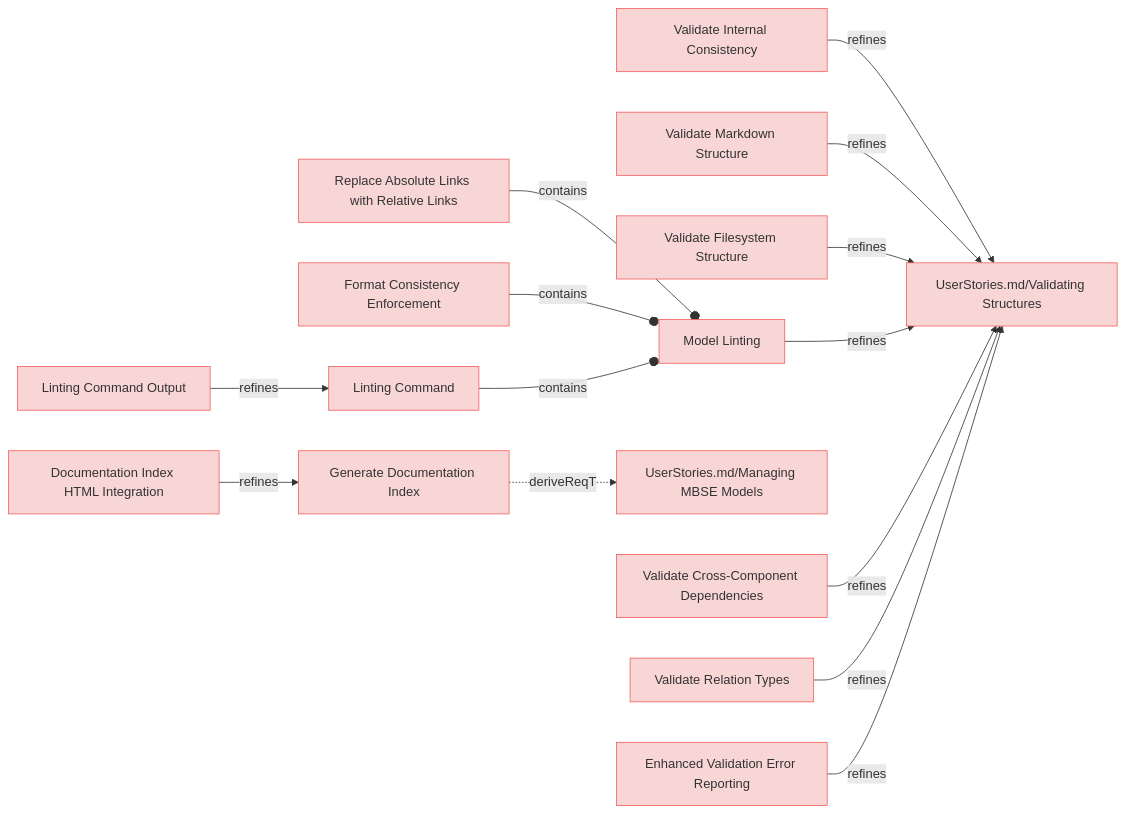
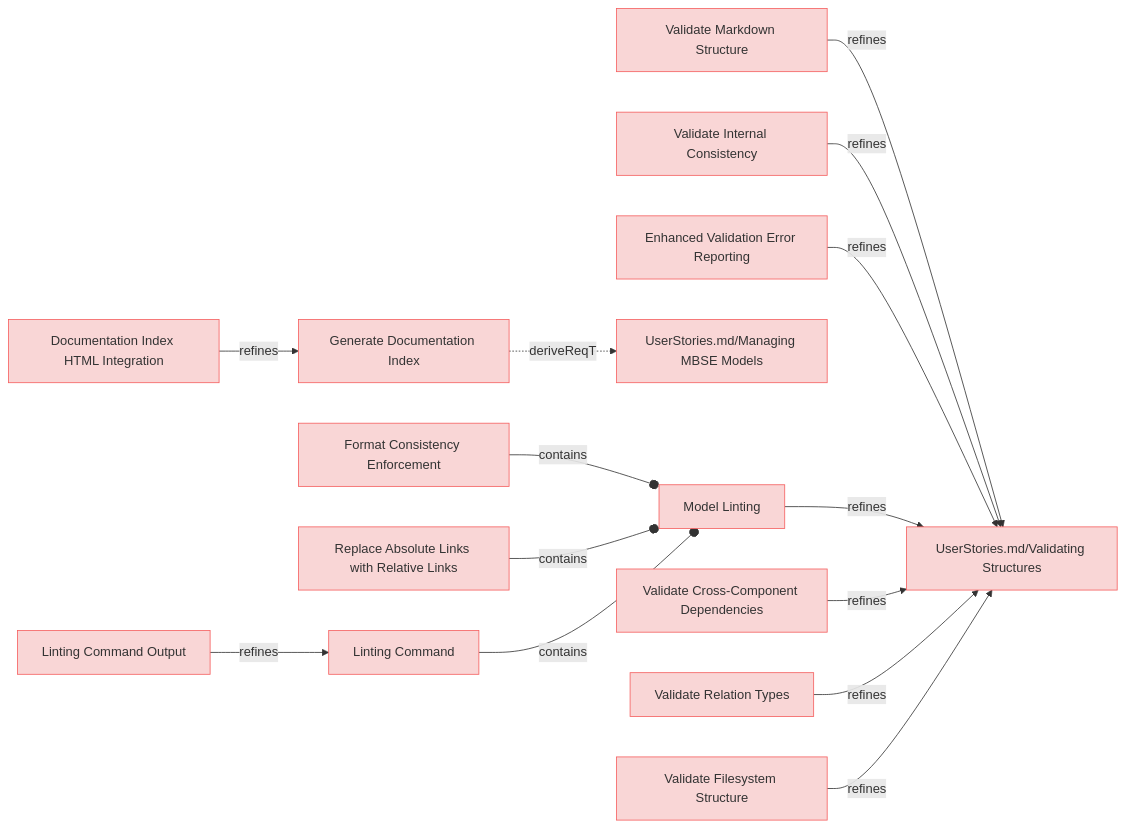
The third of 8 diagrams in specifications/UserRequirements.md (reqvire-org/reqvire), drawn with Mermaid before and after one commit. The commit also changed other lines of this file and 37 other files, not shown here.

Commit message:
Allow diagrams with blobs links when configured.

````diff
--- a/specifications/UserRequirements.md
+++ b/specifications/UserRequirements.md
@@ -147,67 +87,67 @@
 ```mermaid
 graph LR;
   %% Graph styling
   classDef requirement fill:#f9d6d6,stroke:#f55f5f,stroke-width:1px;
   classDef verification fill:#d6f9d6,stroke:#5fd75f,stroke-width:1px;
   classDef externalLink fill:#d0e0ff,stroke:#3080ff,stroke-width:1px;
   classDef default fill:#f5f5f5,stroke:#333333,stroke-width:1px;
 
-  f9182ad2999d989c["Validate Internal Consistency"];
-  click f9182ad2999d989c "UserRequirements.md#validate-internal-consistency";
-  class f9182ad2999d989c requirement;
-  a0f9571f6563d9d3["UserStories.md/Validating Structures"];
-  class a0f9571f6563d9d3 requirement;
-  click a0f9571f6563d9d3 "UserStories.md#validating-structures";
-  f9182ad2999d989c -->|refines| a0f9571f6563d9d3;
-  229bb675bac39dc9["Replace Absolute Links with Relative Links"];
-  click 229bb675bac39dc9 "UserRequirements.md#replace-absolute-links-with-relative-links";
-  class 229bb675bac39dc9 requirement;
-  84c4dc11e82e8638["Model Linting"];
-  class 84c4dc11e82e8638 requirement;
-  click 84c4dc11e82e8638 "UserRequirements.md#model-linting";
-  229bb675bac39dc9 --o|contains| 84c4dc11e82e8638;
-  7ec3cb7f400a2e8d["Validate Markdown Structure"];
-  click 7ec3cb7f400a2e8d "UserRequirements.md#validate-markdown-structure";
-  class 7ec3cb7f400a2e8d requirement;
-  7ec3cb7f400a2e8d -->|refines| a0f9571f6563d9d3;
-  c390b990a63def2a["Validate Filesystem Structure"];
-  click c390b990a63def2a "UserRequirements.md#validate-filesystem-structure";
-  class c390b990a63def2a requirement;
-  c390b990a63def2a -->|refines| a0f9571f6563d9d3;
-  9019be8bfdc22b35["Generate Documentation Index"];
-  click 9019be8bfdc22b35 "UserRequirements.md#generate-documentation-index";
-  class 9019be8bfdc22b35 requirement;
-  c75ac8fa29479ca5["UserStories.md/Managing MBSE Models"];
-  class c75ac8fa29479ca5 requirement;
-  click c75ac8fa29479ca5 "UserStories.md#managing-mbse-models";
-  9019be8bfdc22b35 -.->|deriveReqT| c75ac8fa29479ca5;
-  b5146db7aedfd66["Documentation Index HTML Integration"];
-  click b5146db7aedfd66 "UserRequirements.md#documentation-index-html-integration";
-  class b5146db7aedfd66 requirement;
-  b5146db7aedfd66 -->|refines| 9019be8bfdc22b35;
-  84c4dc11e82e8638 -->|refines| a0f9571f6563d9d3;
-  ee05a46627b568b7["Validate Cross-Component Dependencies"];
-  click ee05a46627b568b7 "UserRequirements.md#validate-cross-component-dependencies";
-  class ee05a46627b568b7 requirement;
-  ee05a46627b568b7 -->|refines| a0f9571f6563d9d3;
-  62c066a5aad4dafe["Linting Command Output"];
-  click 62c066a5aad4dafe "UserRequirements.md#linting-command-output";
-  class 62c066a5aad4dafe requirement;
-  28b0f9fa78937e61["Linting Command"];
-  class 28b0f9fa78937e61 requirement;
-  click 28b0f9fa78937e61 "UserRequirements.md#linting-command";
-  62c066a5aad4dafe -->|refines| 28b0f9fa78937e61;
-  8a3ca9461643d887["Validate Relation Types"];
-  click 8a3ca9461643d887 "UserRequirements.md#validate-relation-types";
-  class 8a3ca9461643d887 requirement;
-  8a3ca9461643d887 -->|refines| a0f9571f6563d9d3;
-  1ddbeea0cf8eaad5["Format Consistency Enforcement"];
-  click 1ddbeea0cf8eaad5 "UserRequirements.md#format-consistency-enforcement";
-  class 1ddbeea0cf8eaad5 requirement;
-  1ddbeea0cf8eaad5 --o|contains| 84c4dc11e82e8638;
-  28b0f9fa78937e61 --o|contains| 84c4dc11e82e8638;
-  3d2fe0b05ff9c8e3["Enhanced Validation Error Reporting"];
-  click 3d2fe0b05ff9c8e3 "UserRequirements.md#enhanced-validation-error-reporting";
-  class 3d2fe0b05ff9c8e3 requirement;
-  3d2fe0b05ff9c8e3 -->|refines| a0f9571f6563d9d3;
+  586b073cd97908da["Validate Markdown Structure"];
+  click 586b073cd97908da "specifications/UserRequirements.md#validate-markdown-structure#validate-markdown-structure";
+  class 586b073cd97908da requirement;
+  113748a94885138d["UserStories.md/Validating Structures"];
+  class 113748a94885138d requirement;
+  click 113748a94885138d "specifications/UserStories.md#validating-structures#validating-structures";
+  586b073cd97908da -->|refines| 113748a94885138d;
+  974ccf933675ef44["Format Consistency Enforcement"];
+  click 974ccf933675ef44 "specifications/UserRequirements.md#format-consistency-enforcement#format-consistency-enforcement";
+  class 974ccf933675ef44 requirement;
+  7305c1d6f7f1e2b2["Model Linting"];
+  class 7305c1d6f7f1e2b2 requirement;
+  click 7305c1d6f7f1e2b2 "specifications/UserRequirements.md#model-linting#model-linting";
+  974ccf933675ef44 --o|contains| 7305c1d6f7f1e2b2;
+  c50887ce89be280a["Validate Internal Consistency"];
+  click c50887ce89be280a "specifications/UserRequirements.md#validate-internal-consistency#validate-internal-consistency";
+  class c50887ce89be280a requirement;
+  c50887ce89be280a -->|refines| 113748a94885138d;
+  ec10e748b5e9516e["Linting Command Output"];
+  click ec10e748b5e9516e "specifications/UserRequirements.md#linting-command-output#linting-command-output";
+  class ec10e748b5e9516e requirement;
+  a51179cda67cf9f2["Linting Command"];
+  class a51179cda67cf9f2 requirement;
+  click a51179cda67cf9f2 "specifications/UserRequirements.md#linting-command#linting-command";
+  ec10e748b5e9516e -->|refines| a51179cda67cf9f2;
+  8dfe33c28555e80a["Replace Absolute Links with Relative Links"];
+  click 8dfe33c28555e80a "specifications/UserRequirements.md#replace-absolute-links-with-relative-links#replace-absolute-links-with-relative-links";
+  class 8dfe33c28555e80a requirement;
+  8dfe33c28555e80a --o|contains| 7305c1d6f7f1e2b2;
+  c2b6c74b77726ad9["Generate Documentation Index"];
+  click c2b6c74b77726ad9 "specifications/UserRequirements.md#generate-documentation-index#generate-documentation-index";
+  class c2b6c74b77726ad9 requirement;
+  e61b7c1baa89bfc6["UserStories.md/Managing MBSE Models"];
+  class e61b7c1baa89bfc6 requirement;
+  click e61b7c1baa89bfc6 "specifications/UserStories.md#managing-mbse-models#managing-mbse-models";
+  c2b6c74b77726ad9 -.->|deriveReqT| e61b7c1baa89bfc6;
+  3b10b8811daaed67["Enhanced Validation Error Reporting"];
+  click 3b10b8811daaed67 "specifications/UserRequirements.md#enhanced-validation-error-reporting#enhanced-validation-error-reporting";
+  class 3b10b8811daaed67 requirement;
+  3b10b8811daaed67 -->|refines| 113748a94885138d;
+  7305c1d6f7f1e2b2 -->|refines| 113748a94885138d;
+  a51179cda67cf9f2 --o|contains| 7305c1d6f7f1e2b2;
+  3bd9d29239564eeb["Validate Cross-Component Dependencies"];
+  click 3bd9d29239564eeb "specifications/UserRequirements.md#validate-cross-component-dependencies#validate-cross-component-dependencies";
+  class 3bd9d29239564eeb requirement;
+  3bd9d29239564eeb -->|refines| 113748a94885138d;
+  84b3d0502132adb5["Documentation Index HTML Integration"];
+  click 84b3d0502132adb5 "specifications/UserRequirements.md#documentation-index-html-integration#documentation-index-html-integration";
+  class 84b3d0502132adb5 requirement;
+  84b3d0502132adb5 -->|refines| c2b6c74b77726ad9;
+  f25cbfbca6d6d92e["Validate Relation Types"];
+  click f25cbfbca6d6d92e "specifications/UserRequirements.md#validate-relation-types#validate-relation-types";
+  class f25cbfbca6d6d92e requirement;
+  f25cbfbca6d6d92e -->|refines| 113748a94885138d;
+  5c482dc763b4133a["Validate Filesystem Structure"];
+  click 5c482dc763b4133a "specifications/UserRequirements.md#validate-filesystem-structure#validate-filesystem-structure";
+  class 5c482dc763b4133a requirement;
+  5c482dc763b4133a -->|refines| 113748a94885138d;
 ```
````
